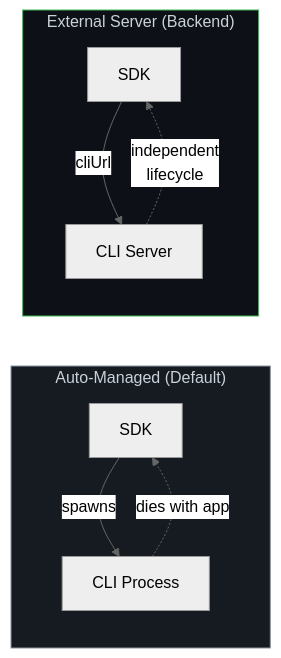
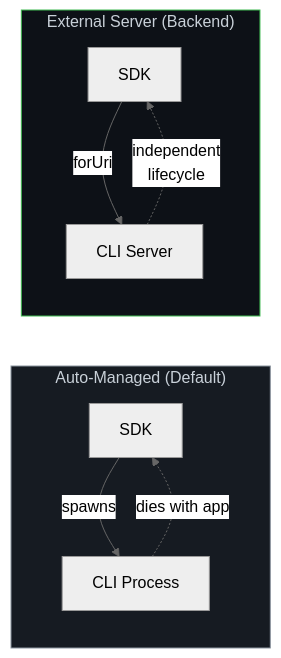
Before and after one commit to github/copilot-sdk: the second of 5 diagrams in docs/setup/backend-services.md, drawn with Mermaid (neutral theme). The commit also changed other lines of this file and 830 other files, not shown here.

Commit message:
Update SDK snapshot for Copilot CLI 1.0.106-1

````diff
--- a/docs/setup/backend-services.md
+++ b/docs/setup/backend-services.md
@@ -43,15 +43,15 @@
 ```mermaid
 flowchart LR
     subgraph Auto["Auto-Managed (Default)"]
         A1["SDK"] -->|"spawns"| A2["CLI Process"]
         A2 -.->|"dies with app"| A1
     end
 
     subgraph External["External Server (Backend)"]
-        B1["SDK"] -->|"cliUrl"| B2["CLI Server"]
+        B1["SDK"] -->|"forUri"| B2["CLI Server"]
         B2 -.->|"independent<br/>lifecycle"| B1
     end
 
     style Auto fill:#161b22,stroke:#8b949e,color:#c9d1d9
     style External fill:#0d1117,stroke:#3fb950,color:#c9d1d9
 ```
````
